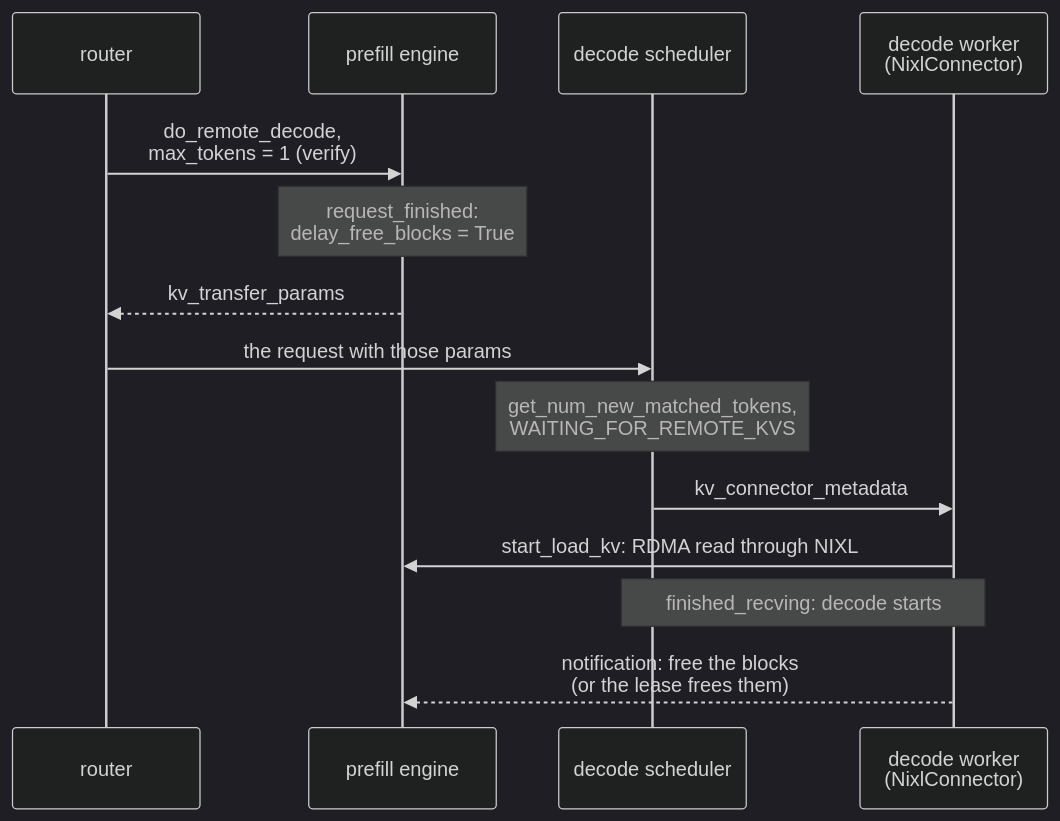
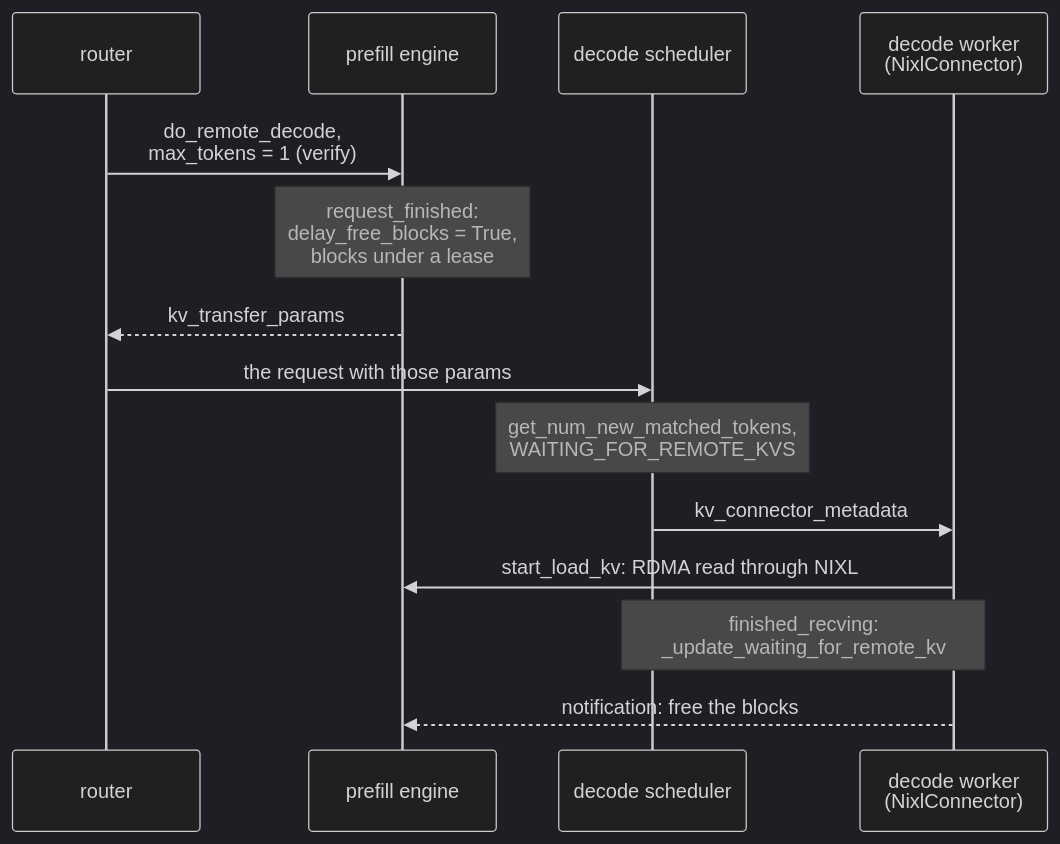
The sixth of 7 diagrams in 04-inference-engine/vllm-internals/vllm-internals-primer.md (aniryou/full-stack-agentic-engineer), drawn with Mermaid (dark theme) before and after one commit. The commit also changed other lines of this file and 15 other files, not shown here.

First line of the commit message:
WIP snapshot: the figure round (charts, improvements, additions) in progress (2026-10-30T18:37:14Z); not validated [skip ci]

````diff
--- a/04-inference-engine/vllm-internals/vllm-internals-primer.md
+++ b/04-inference-engine/vllm-internals/vllm-internals-primer.md
@@ -1626,16 +1626,16 @@
 ```mermaid
 sequenceDiagram
     participant R as router
     participant P as prefill engine
     participant S as decode scheduler
     participant W as decode worker<br/>(NixlConnector)
     R->>P: do_remote_decode,<br/>max_tokens = 1 (verify)
-    Note over P: request_finished:<br/>delay_free_blocks = True
+    Note over P: request_finished:<br/>delay_free_blocks = True,<br/>blocks under a lease
     P-->>R: kv_transfer_params
     R->>S: the request with those params
     Note over S: get_num_new_matched_tokens,<br/>WAITING_FOR_REMOTE_KVS
     S->>W: kv_connector_metadata
     W->>P: start_load_kv: RDMA read through NIXL
-    Note over S,W: finished_recving: decode starts
-    W-->>P: notification: free the blocks<br/>(or the lease frees them)
+    Note over S,W: finished_recving:<br/>_update_waiting_for_remote_kv
+    W-->>P: notification: free the blocks
 ```
````
